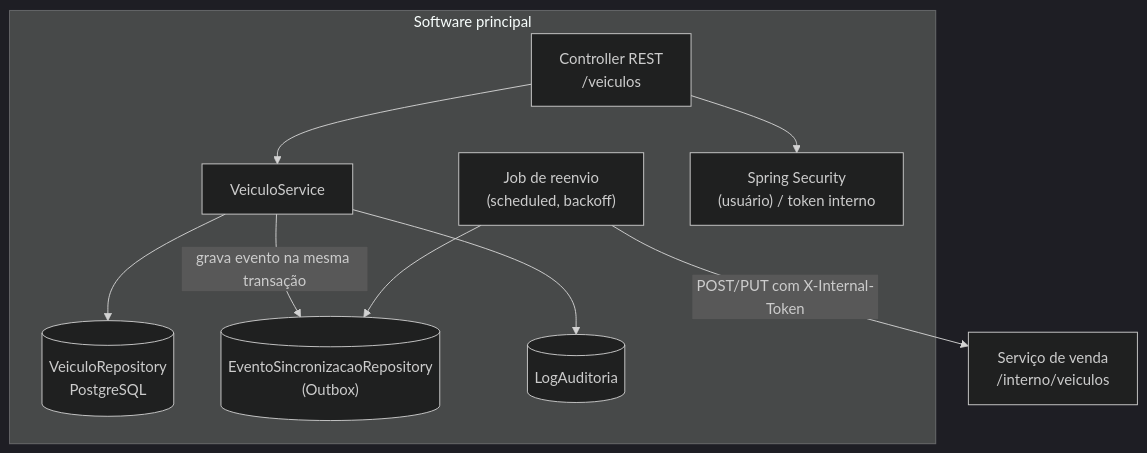
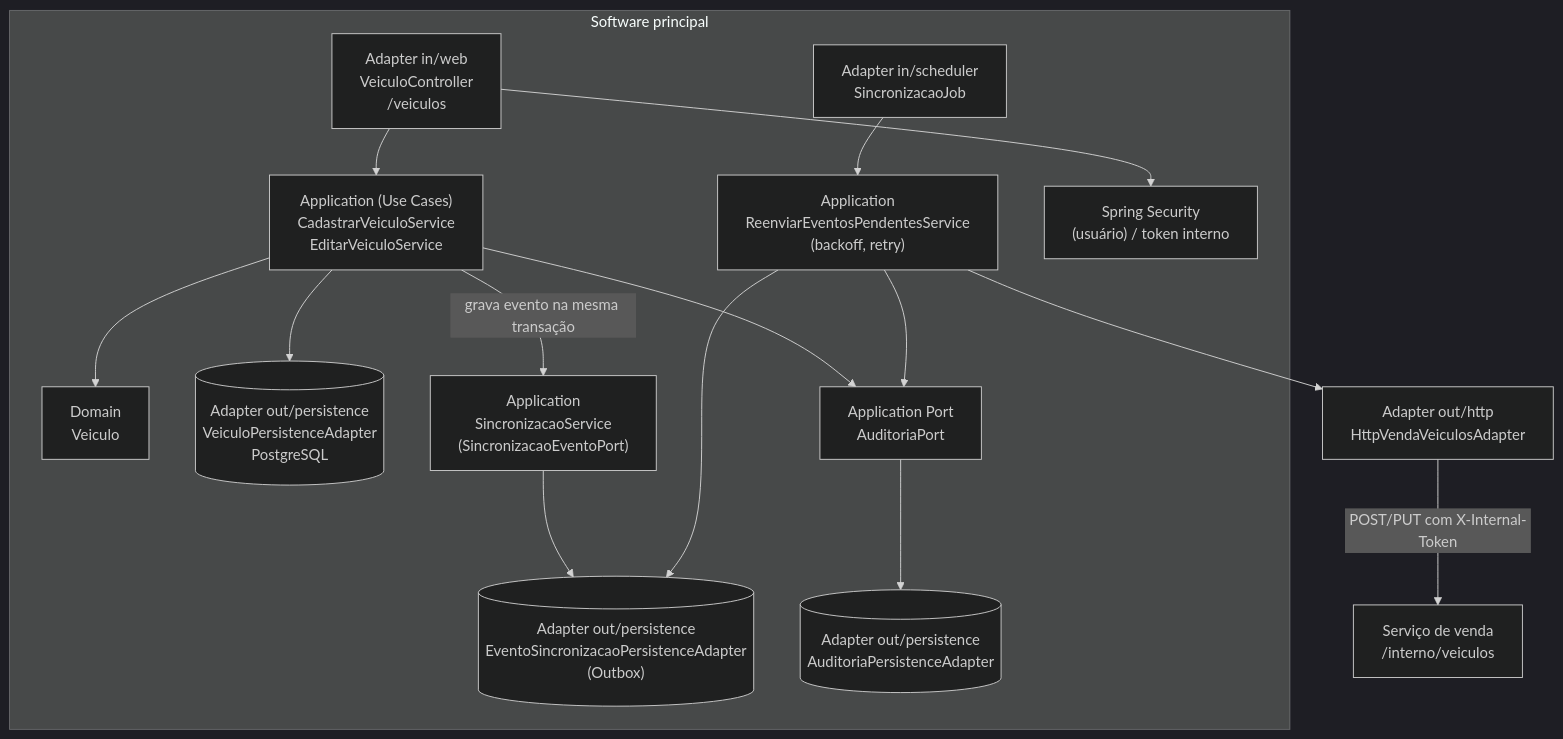
Before and after one commit to jreigeVic/venda-veiculos-service: the second of 5 diagrams in docs/hld.md, drawn with Mermaid (dark theme). The commit also changed other lines of this file and 2 other files, not shown here.

First line of the commit message:
docs: update architecture documentation for hexagonal refactor

````diff
--- a/docs/hld.md
+++ b/docs/hld.md
@@ -25,22 +29,32 @@
 ```mermaid
 flowchart TB
     subgraph "Software principal"
-        API["Controller REST<br/>/veiculos"]
-        SVC["VeiculoService"]
-        REPO[("VeiculoRepository<br/>PostgreSQL")]
-        OUTBOX[("EventoSincronizacaoRepository<br/>(Outbox)")]
-        JOB["Job de reenvio<br/>(scheduled, backoff)"]
+        API["Adapter in/web<br/>VeiculoController<br/>/veiculos"]
+        UC["Application (Use Cases)<br/>CadastrarVeiculoService<br/>EditarVeiculoService"]
+        DOM["Domain<br/>Veiculo"]
+        REPO[("Adapter out/persistence<br/>VeiculoPersistenceAdapter<br/>PostgreSQL")]
+        SYNCSVC["Application<br/>SincronizacaoService<br/>(SincronizacaoEventoPort)"]
+        OUTBOX[("Adapter out/persistence<br/>EventoSincronizacaoPersistenceAdapter<br/>(Outbox)")]
+        JOBADAPTER["Adapter in/scheduler<br/>SincronizacaoJob"]
+        JOBSVC["Application<br/>ReenviarEventosPendentesService<br/>(backoff, retry)"]
         SEC["Spring Security<br/>(usuário) / token interno"]
-        LOG[("LogAuditoria")]
+        AUDPORT["Application Port<br/>AuditoriaPort"]
+        LOG[("Adapter out/persistence<br/>AuditoriaPersistenceAdapter")]
     end
 
+    HTTP_ADAPTER["Adapter out/http<br/>HttpVendaVeiculosAdapter"]
     HTTP_CLIENT["Serviço de venda<br/>/interno/veiculos"]
 
     API --> SEC
-    API --> SVC
-    SVC --> REPO
-    SVC -->|grava evento na mesma transação| OUTBOX
-    SVC --> LOG
-    JOB --> OUTBOX
-    JOB -->|POST/PUT com X-Internal-Token| HTTP_CLIENT
+    API --> UC
+    UC --> DOM
+    UC --> REPO
+    UC -->|grava evento na mesma transação| SYNCSVC
+    SYNCSVC --> OUTBOX
+    UC --> AUDPORT --> LOG
+    JOBADAPTER --> JOBSVC
+    JOBSVC --> OUTBOX
+    JOBSVC --> HTTP_ADAPTER
+    JOBSVC --> AUDPORT
+    HTTP_ADAPTER -->|POST/PUT com X-Internal-Token| HTTP_CLIENT
 ```
````
